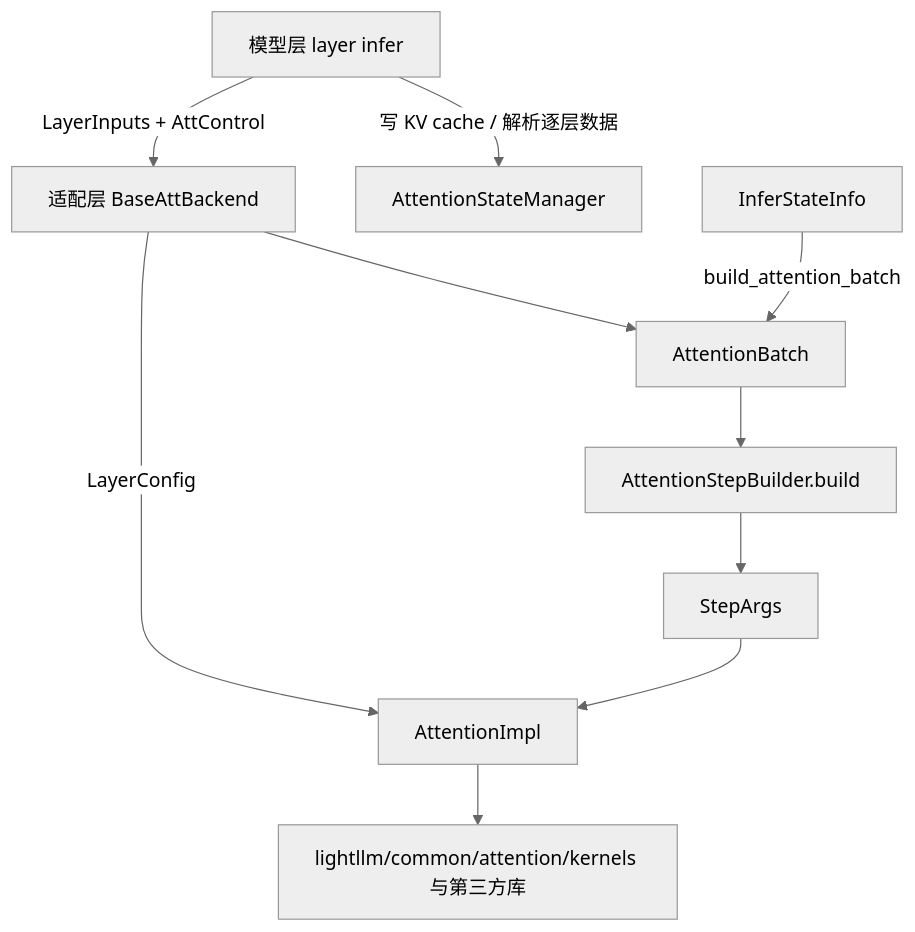
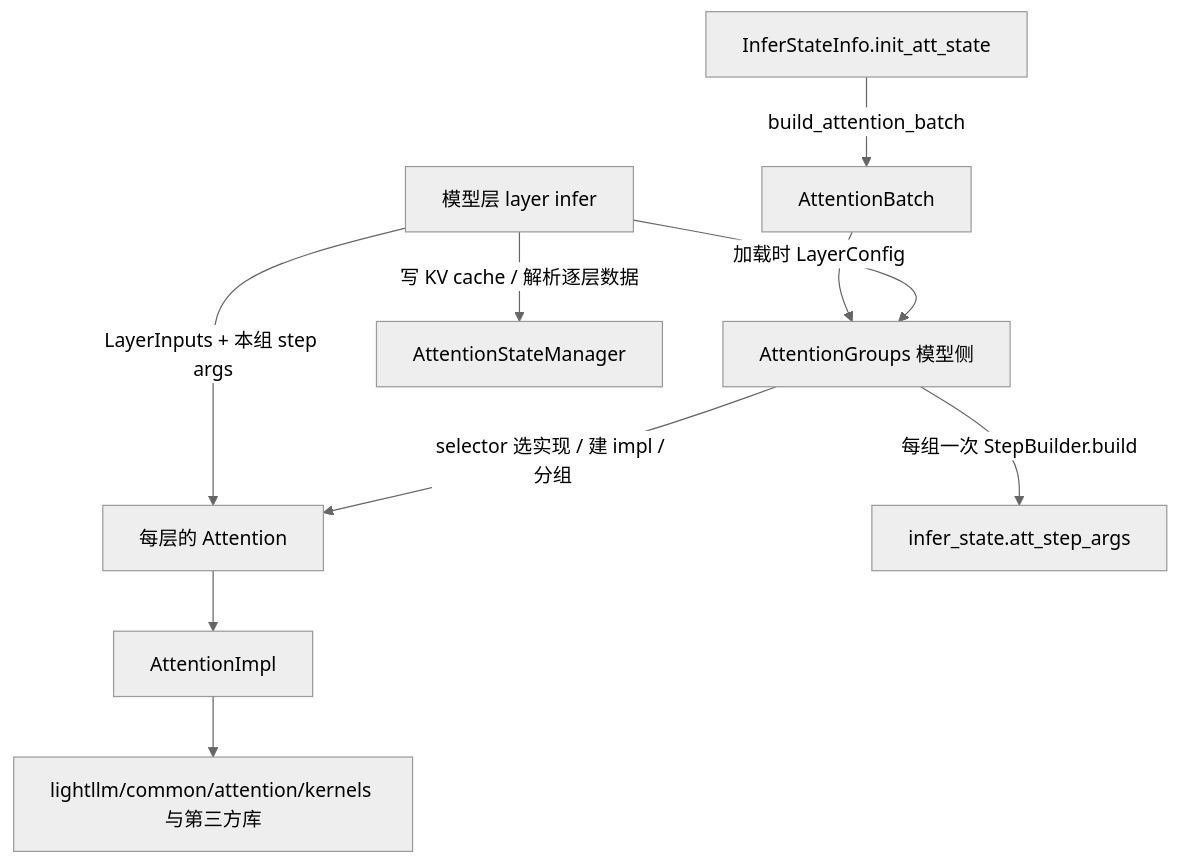
One commit to ModelTC/LightLLM changed the first of 2 diagrams in docs/CN/source/framework/attention_backend_design.md. Above: the diagram before and after it, drawn with Mermaid (neutral theme). The commit also changed other lines of this file and 103 other files, not shown here.

````diff
--- a/docs/CN/source/framework/attention_backend_design.md
+++ b/docs/CN/source/framework/attention_backend_design.md
@@ -18,12 +18,12 @@
 ```mermaid
 flowchart TD
-    Layer[模型层 layer infer] -->|写 KV cache / 解析逐层数据| State[AttentionStateManager]
-    Layer -->|LayerInputs + AttControl| Adapter[适配层 BaseAttBackend]
-    Infer[InferStateInfo] -->|build_attention_batch| Batch[AttentionBatch]
-    Adapter --> Batch
-    Batch --> Builder[AttentionStepBuilder.build]
-    Builder --> StepArgs[StepArgs]
-    Adapter -->|LayerConfig| Impl[AttentionImpl]
-    StepArgs --> Impl
+    Layer[模型层 layer infer] -->|加载时 LayerConfig| Groups[AttentionGroups 模型侧]
+    Groups -->|selector 选实现 / 建 impl / 分组| Attn[每层的 Attention]
+    Infer[InferStateInfo.init_att_state] -->|build_attention_batch| Batch[AttentionBatch]
+    Batch --> Groups
+    Groups -->|每组一次 StepBuilder.build| StepArgs[infer_state.att_step_args]
+    Layer -->|写 KV cache / 解析逐层数据| State[AttentionStateManager]
+    Layer -->|LayerInputs + 本组 step args| Attn
+    Attn --> Impl[AttentionImpl]
     Impl --> Kernels[lightllm/common/attention/kernels 与第三方库]
 ```
````
